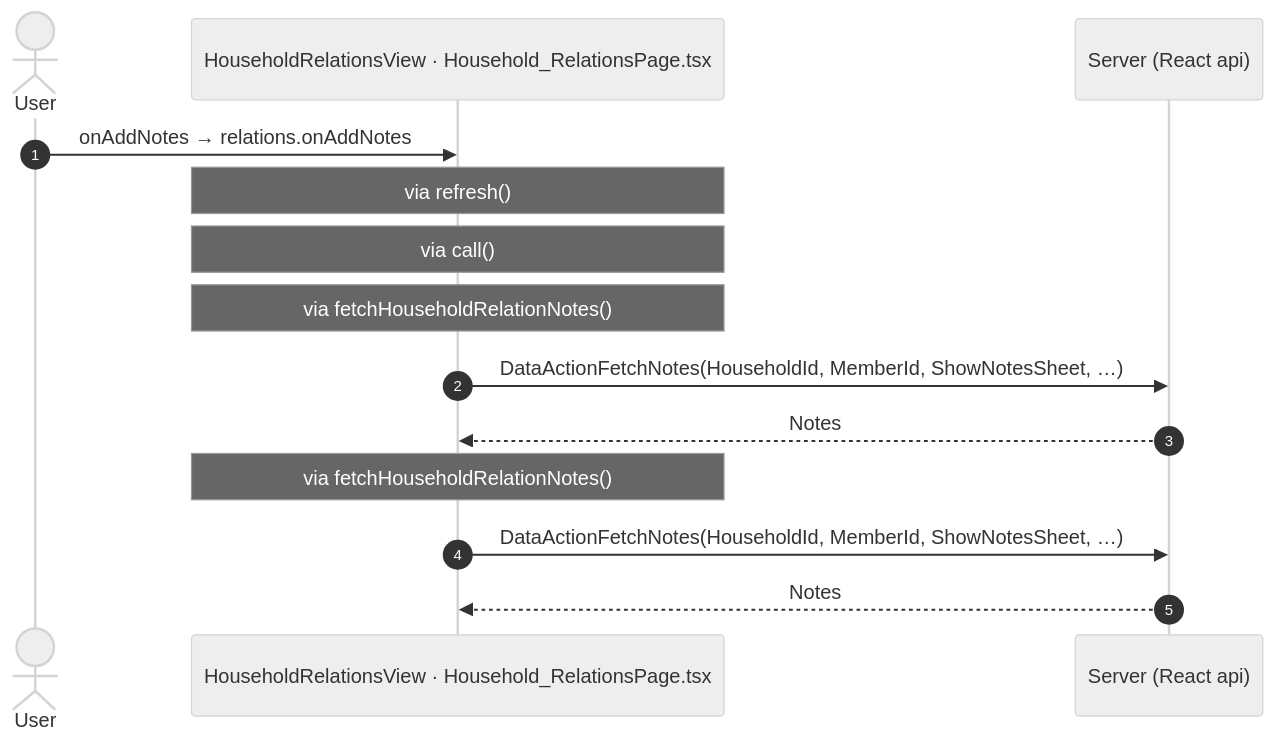
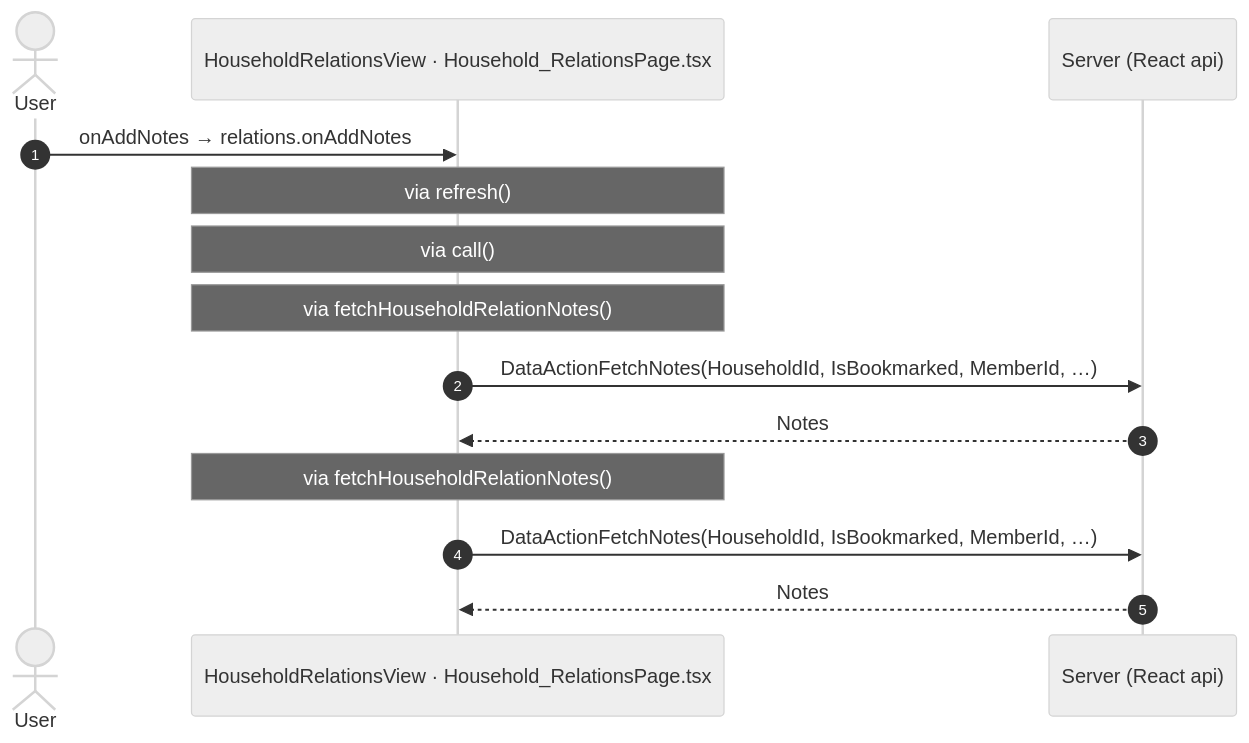
The third of 3 diagrams in route-actions/routes/Household_Relations.md (Phoenix-DX/connect-new-ui), drawn with Mermaid (neutral theme) before and after one commit. The commit also changed other lines of this file and 30 other files, not shown here.

````diff
--- a/route-actions/routes/Household_Relations.md
+++ b/route-actions/routes/Household_Relations.md
@@ -122,16 +124,16 @@
 ```mermaid
 sequenceDiagram
   autonumber
   actor U as User
   participant H as HouseholdRelationsView · Household_RelationsPage.tsx
   participant A as Server (React api)
   U->>H: onAddNotes → relations.onAddNotes
   Note over H: via refresh()
   Note over H: via call()
   Note over H: via fetchHouseholdRelationNotes()
-  H->>A: DataActionFetchNotes(HouseholdId, MemberId, ShowNotesSheet, …)
+  H->>A: DataActionFetchNotes(HouseholdId, IsBookmarked, MemberId, …)
   A-->>H: Notes
   Note over H: via fetchHouseholdRelationNotes()
-  H->>A: DataActionFetchNotes(HouseholdId, MemberId, ShowNotesSheet, …)
+  H->>A: DataActionFetchNotes(HouseholdId, IsBookmarked, MemberId, …)
   A-->>H: Notes
 ```
````
